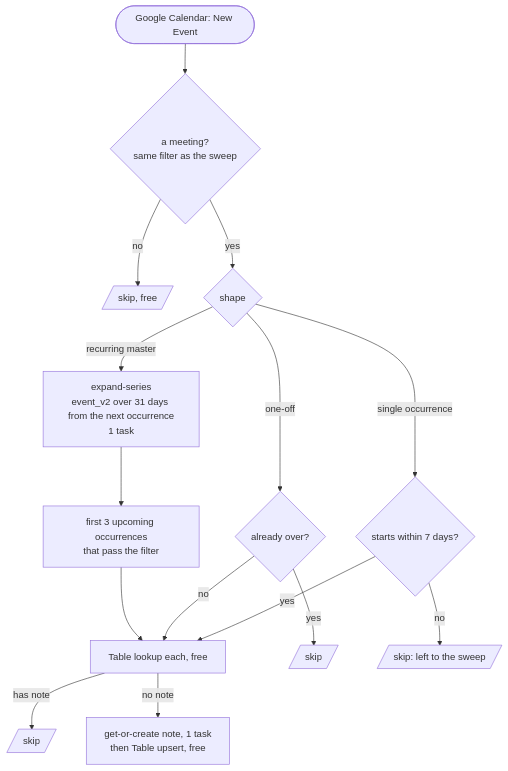
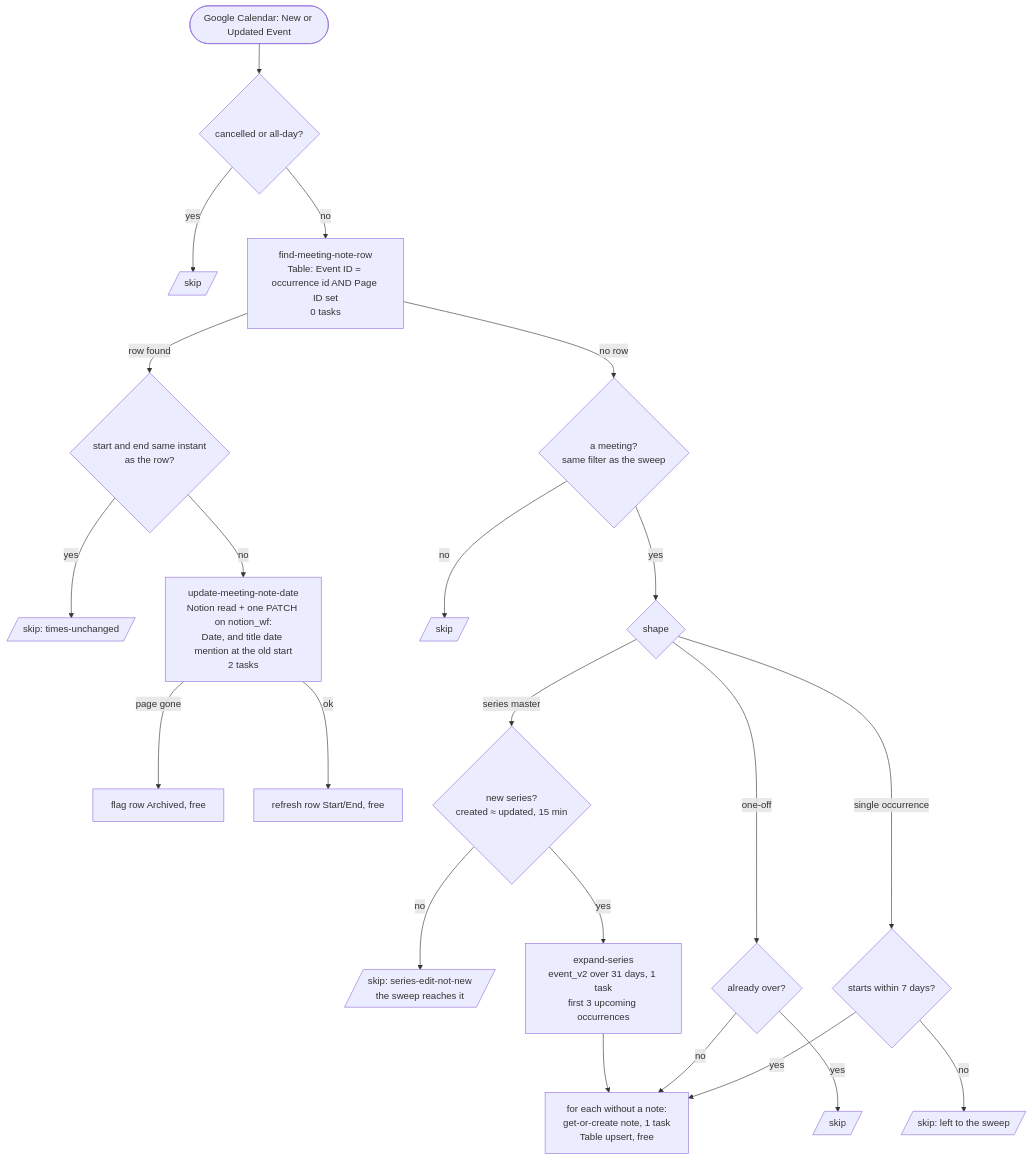
One commit to work-flowers/zapier-sdk changed the first of 2 diagrams in gcal-meetings-to-meeting-notes/README.md. Above: the diagram before and after it, drawn with Mermaid. The commit also changed other lines of this file and 4 other files, not shown here.

First line of the commit message:
gcal-meetings-to-meeting-notes: absorb gcal-event-updated-to-meeting-note

````diff
--- a/gcal-meetings-to-meeting-notes/README.md
+++ b/gcal-meetings-to-meeting-notes/README.md
@@ -19,17 +21,24 @@
 ```mermaid
 flowchart TD
-    E([Google Calendar: New Event]) --> M{a meeting?<br/>same filter as the sweep}
-    M -- no --> X0[/skip, free/]
+    E([Google Calendar: New or Updated Event]) --> G{cancelled or all-day?}
+    G -- yes --> X0[/skip/]
+    G -- no --> L[find-meeting-note-row<br/>Table: Event ID = occurrence id AND Page ID set<br/>0 tasks]
+    L -- row found --> T{start and end same instant<br/>as the row?}
+    T -- yes --> X1[/skip: times-unchanged/]
+    T -- no --> U[update-meeting-note-date<br/>Notion read + one PATCH on notion_wf:<br/>Date, and title date mention at the old start<br/>2 tasks]
+    U -- page gone --> AR[flag row Archived, free]
+    U -- ok --> RR[refresh row Start/End, free]
+    L -- no row --> M{a meeting?<br/>same filter as the sweep}
+    M -- no --> X2[/skip/]
     M -- yes --> K{shape}
-    K -- recurring master --> SS[expand-series<br/>event_v2 over 31 days from the next occurrence<br/>1 task]
-    SS --> F3[first 3 upcoming occurrences<br/>that pass the filter]
-    F3 --> L1[Table lookup each, free]
+    K -- series master --> NS{new series?<br/>created ≈ updated, 15 min}
+    NS -- no --> X3[/skip: series-edit-not-new<br/>the sweep reaches it/]
+    NS -- yes --> SS[expand-series<br/>event_v2 over 31 days, 1 task<br/>first 3 upcoming occurrences]
+    SS --> N1[for each without a note:<br/>get-or-create note, 1 task<br/>Table upsert, free]
     K -- one-off --> O{already over?}
-    O -- yes --> X1[/skip/]
-    O -- no --> L1
+    O -- yes --> X4[/skip/]
+    O -- no --> N1
     K -- single occurrence --> H{starts within 7 days?}
-    H -- no --> X2[/skip: left to the sweep/]
-    H -- yes --> L1
-    L1 -- has note --> X3[/skip/]
-    L1 -- no note --> N1[get-or-create note, 1 task<br/>then Table upsert, free]
+    H -- no --> X5[/skip: left to the sweep/]
+    H -- yes --> N1
 ```
````
